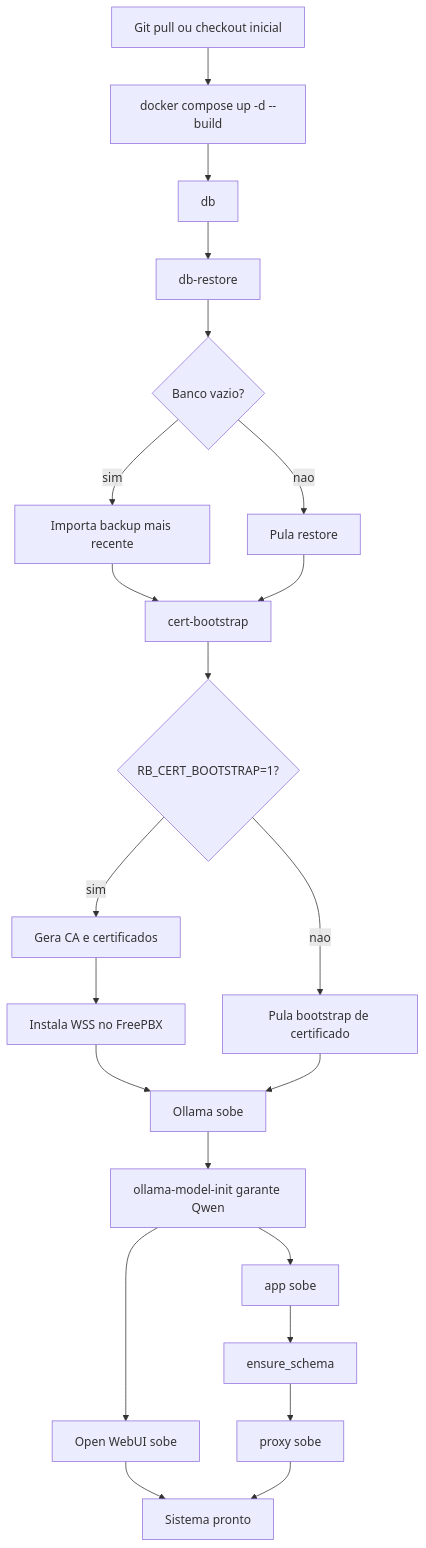
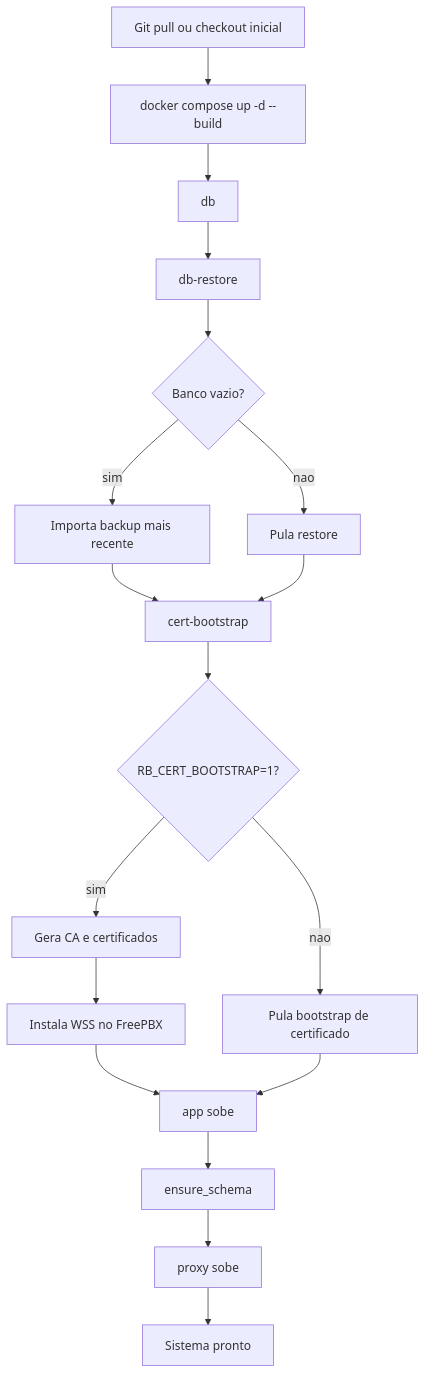
Before and after one commit to renansc/NanotechSoft: the second of 25 diagrams in apps/riob/source/docs/DIAGRAMAS_E_PROCESSOS.md, drawn with Mermaid. The commit also changed other lines of this file and 188 other files, not shown here.

````diff
--- a/apps/riob/source/docs/DIAGRAMAS_E_PROCESSOS.md
+++ b/apps/riob/source/docs/DIAGRAMAS_E_PROCESSOS.md
@@ -33,24 +29,20 @@
 ```mermaid
 flowchart TD
     A[Git pull ou checkout inicial] --> B[docker compose up -d --build]
     B --> C[db]
     C --> D[db-restore]
     D --> E{Banco vazio?}
     E -->|sim| F[Importa backup mais recente]
     E -->|nao| G[Pula restore]
     F --> H[cert-bootstrap]
     G --> H
     H --> I{RB_CERT_BOOTSTRAP=1?}
     I -->|sim| J[Gera CA e certificados]
     I -->|nao| K[Pula bootstrap de certificado]
     J --> L[Instala WSS no FreePBX]
-    L --> M[Ollama sobe]
+    L --> M[app sobe]
     K --> M
-    M --> N[ollama-model-init garante Qwen]
-    N --> O[Open WebUI sobe]
-    N --> P[app sobe]
-    P --> Q[ensure_schema]
-    Q --> R[proxy sobe]
-    O --> S[Sistema pronto]
-    R --> S
+    M --> N[ensure_schema]
+    N --> O[proxy sobe]
+    O --> P[Sistema pronto]
 ```
````
